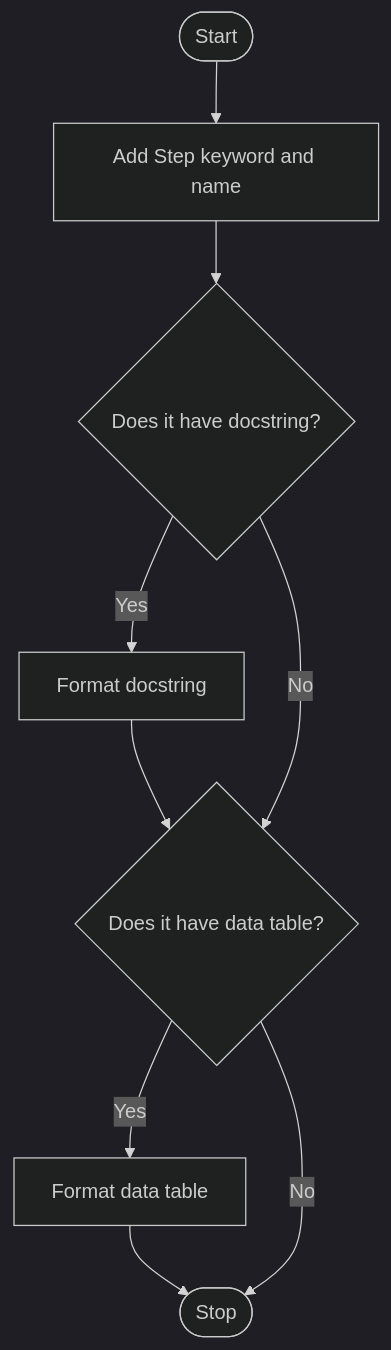
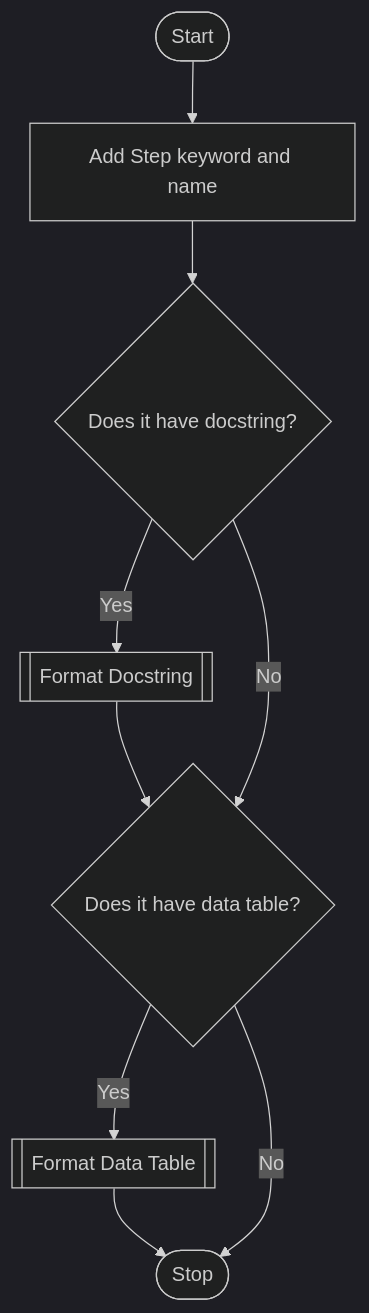
The tenth of 15 diagrams in src/mermaid.md (gherking/gherking-docs), drawn with Mermaid (dark theme) before and after one commit. The commit also changed other lines of this file, not shown here.

````diff
--- a/src/mermaid.md
+++ b/src/mermaid.md
@@ -123,10 +123,10 @@
 ```mermaid
 graph TD
 start([Start])
 --> keywordAndText[Add Step keyword and name]
 --> branch1{Does it have docstring?}
--->|Yes| description[Format docstring] --> branch2
+-->|Yes| description[[Format Docstring]] --> branch2
 branch1 -->|No| branch2{Does it have data table?}
-branch2 -->|Yes| D2[Format data table] --> stop([Stop])
+branch2 -->|Yes| D2[[Format Data Table]] --> stop([Stop])
 branch2 -->|No| stop
 ```
````
